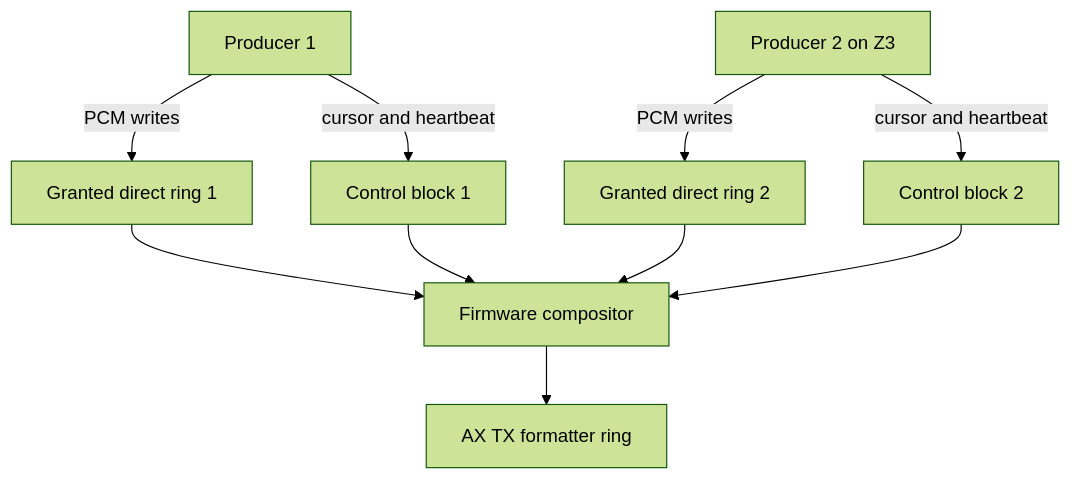
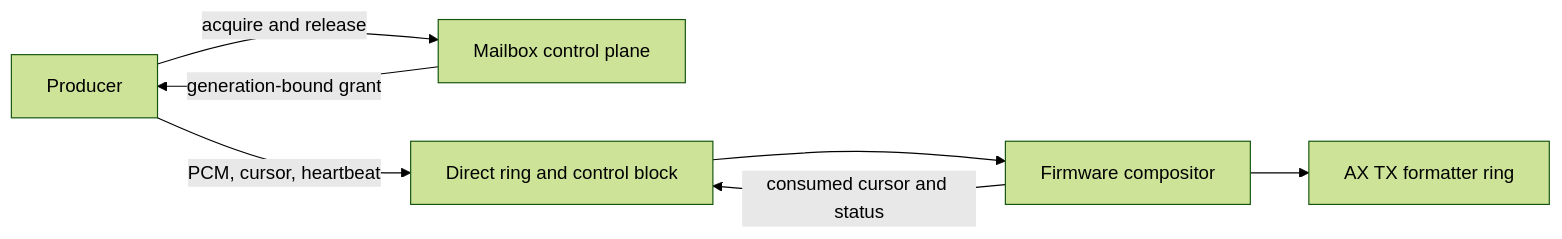
Before and after one commit to BlitterStudio/zz9000-firmware: the diagram in sdk/docs/plans/2026-08-27-1453-feat-direct-audio-rings-plan.md, drawn with Mermaid (forest theme). The commit also changed other lines of this file and 20 other files, not shown here.

````diff
--- a/sdk/docs/plans/2026-08-27-1453-feat-direct-audio-rings-plan.md
+++ b/sdk/docs/plans/2026-08-27-1453-feat-direct-audio-rings-plan.md
@@ -102,12 +102,9 @@
 ```mermaid
-flowchart TB
-  P1[Producer 1] -->|PCM writes| R1[Granted direct ring 1]
-  P1 -->|cursor and heartbeat| C1[Control block 1]
-  P2[Producer 2 on Z3] -->|PCM writes| R2[Granted direct ring 2]
-  P2 -->|cursor and heartbeat| C2[Control block 2]
-  R1 --> M[Firmware compositor]
-  C1 --> M
-  R2 --> M
-  C2 --> M
-  M --> TX[AX TX formatter ring]
+flowchart LR
+  P[Producer] -->|acquire and release| M[Mailbox control plane]
+  M -->|generation-bound grant| P
+  P -->|PCM, cursor, heartbeat| R[Direct ring and control block]
+  R --> F[Firmware compositor]
+  F -->|consumed cursor and status| R
+  F --> T[AX TX formatter ring]
 ```
````
